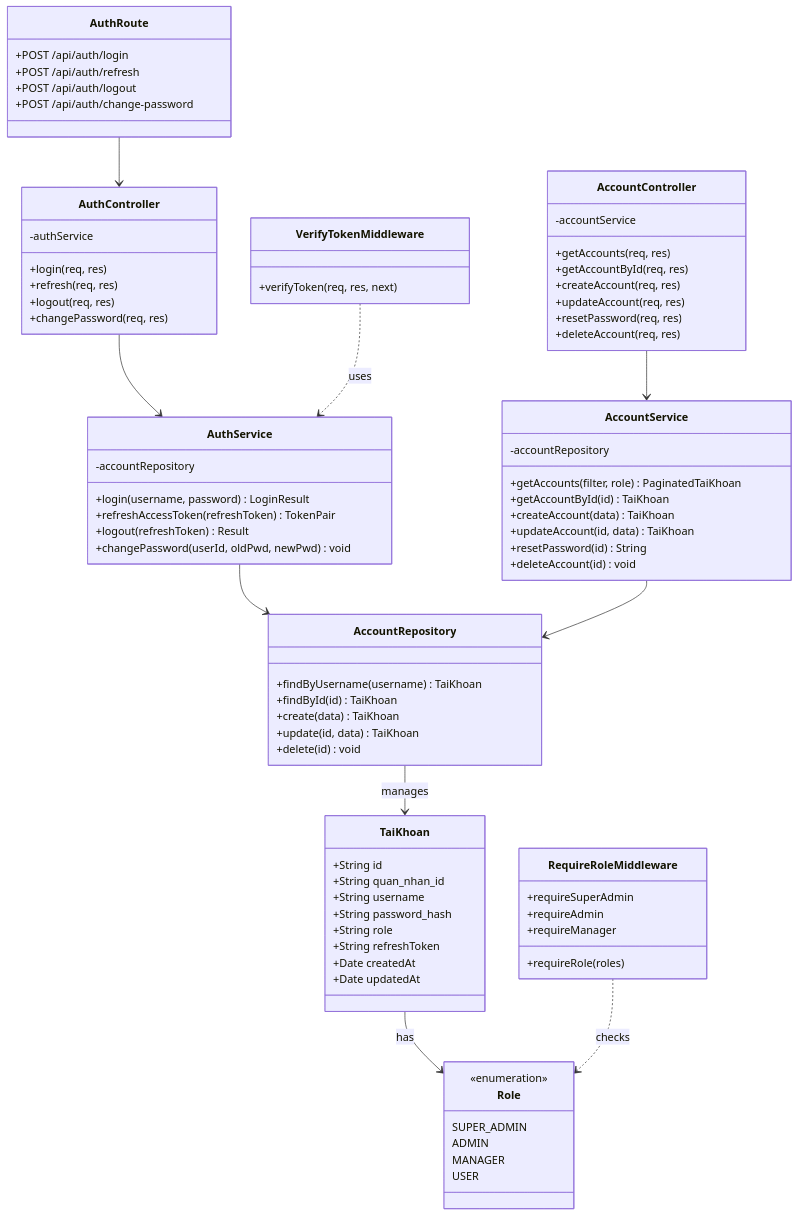
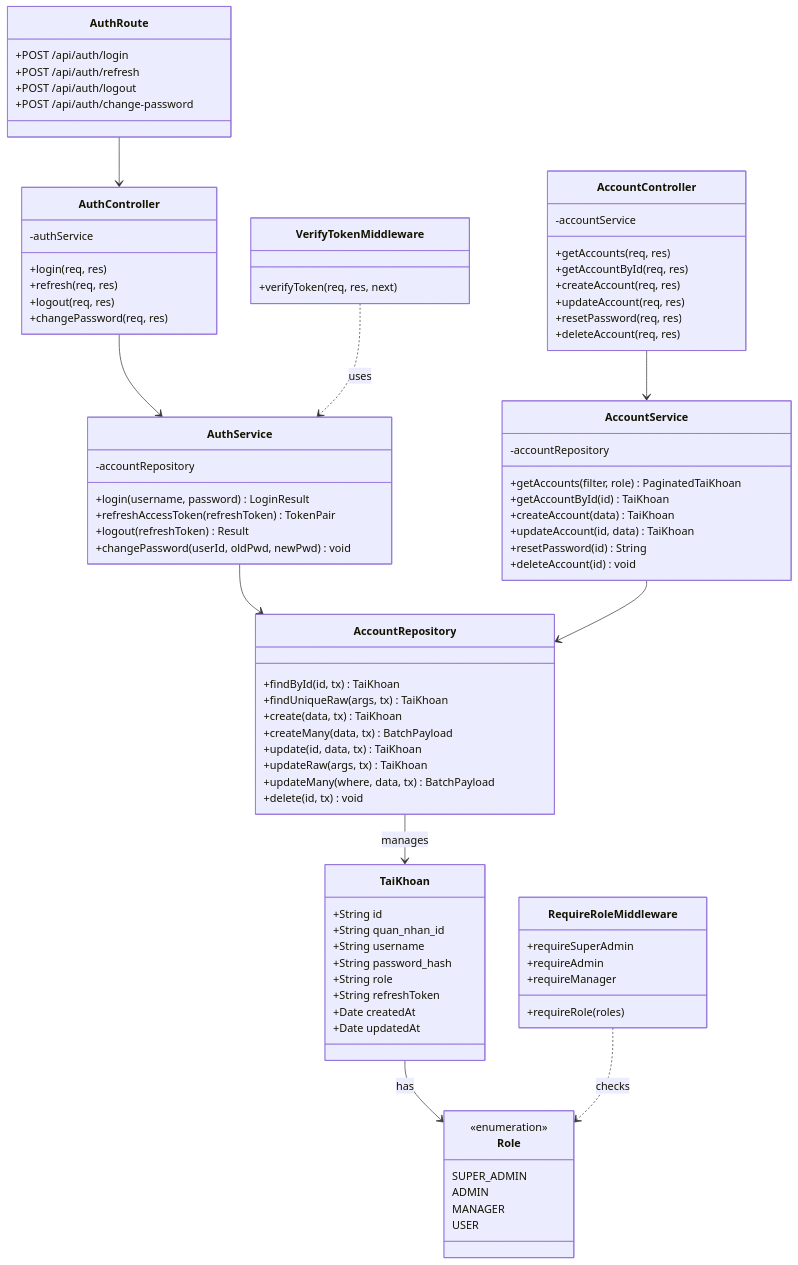
The fourth of 5 diagrams in docs/diagrams/04-class.md (tranducbk/DATN_PM_QLKT), drawn with Mermaid before and after one commit. The commit also changed other lines of this file and 18 other files, not shown here.

First line of the commit message:
Update diagrams, slides and supplementary docs

```diff
--- a/docs/diagrams/04-class.md
+++ b/docs/diagrams/04-class.md
@@ -412,11 +412,14 @@
     }
 
     class AccountRepository {
-        +findByUsername(username) TaiKhoan
-        +findById(id) TaiKhoan
-        +create(data) TaiKhoan
-        +update(id, data) TaiKhoan
-        +delete(id) void
+        +findById(id, tx) TaiKhoan
+        +findUniqueRaw(args, tx) TaiKhoan
+        +create(data, tx) TaiKhoan
+        +createMany(data, tx) BatchPayload
+        +update(id, data, tx) TaiKhoan
+        +updateRaw(args, tx) TaiKhoan
+        +updateMany(where, data, tx) BatchPayload
+        +delete(id, tx) void
     }
 
     class VerifyTokenMiddleware {
```
